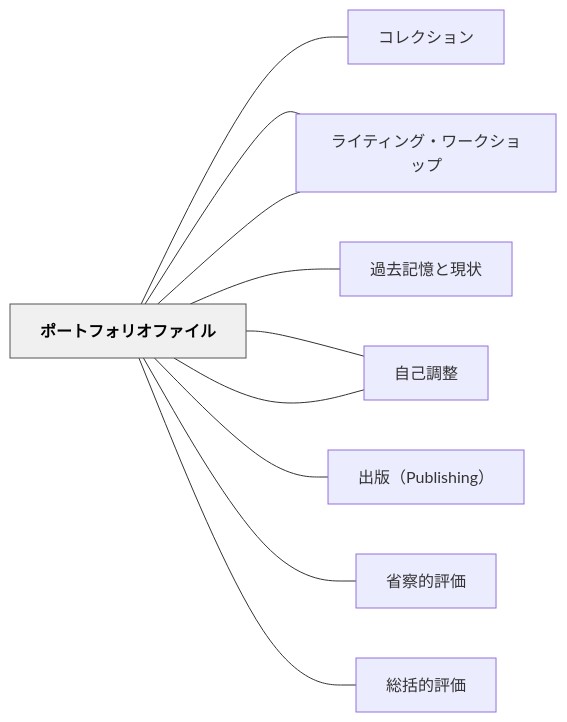
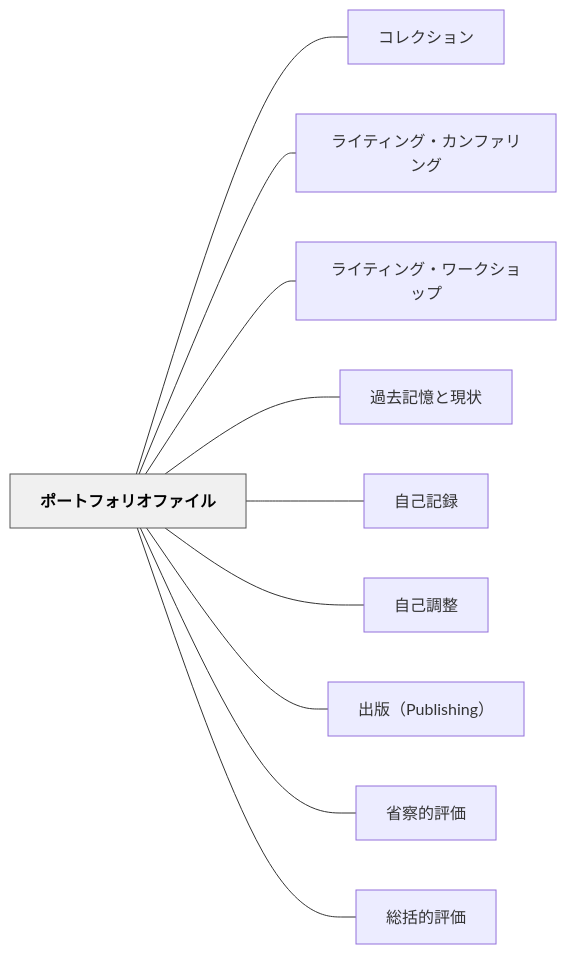
Before and after one commit to unknownthings-ed-patterns/unknownthings-ed-patterns: the diagram in content/パタン/ポートフォリオファイル.md, drawn with Mermaid. The commit also changed 527 other files, not shown here.

````diff
--- a/content/パタン/ポートフォリオファイル.md
+++ b/content/パタン/ポートフォリオファイル.md
@@ -86,26 +86,26 @@
 ```mermaid
 flowchart LR
-    ne3839de383bc["ポートフォリオファイル"]
-    ne382b3e383ac["コレクション"]
-    ne383a9e382a4["ライティング・カンファリング"]
-    ne383a9e382a4["ライティング・ワークショップ"]
-    ne9818ee58ebb["過去記憶と現状"]
-    ne887aae5b7b1["自己記録"]
-    ne887aae5b7b1["自己調整"]
-    ne587bae78988["出版（Publishing）"]
-    ne79c81e5af9f["省察的評価"]
-    ne7b78fe68bac["総括的評価"]
+    ne3839de383bce38388e38395e382a9e383aae382aae38395e382a1e382a4e383ab["ポートフォリオファイル"]
+    ne382b3e383ace382afe382b7e383a7e383b3["コレクション"]
+    ne383a9e382a4e38386e382a3e383b3e382b0e383bbe382abe383b3e38395e382a1e383aae383b3e382b0["ライティング・カンファリング"]
+    ne383a9e382a4e38386e382a3e383b3e382b0e383bbe383afe383bce382afe382b7e383a7e38383e38397["ライティング・ワークショップ"]
+    ne9818ee58ebbe8a898e686b6e381a8e78fbee78ab6["過去記憶と現状"]
+    ne887aae5b7b1e8a898e98cb2["自己記録"]
+    ne887aae5b7b1e8aabfe695b4["自己調整"]
+    ne587bae78988efbc885075626c697368696e67efbc89["出版（Publishing）"]
+    ne79c81e5af9fe79a84e8a995e4bea1["省察的評価"]
+    ne7b78fe68bace79a84e8a995e4bea1["総括的評価"]
 
-    ne3839de383bc --- ne382b3e383ac
-    ne3839de383bc --- ne383a9e382a4
-    ne3839de383bc --- ne383a9e382a4
-    ne3839de383bc --- ne9818ee58ebb
-    ne3839de383bc --- ne887aae5b7b1
-    ne3839de383bc --- ne887aae5b7b1
-    ne3839de383bc --- ne587bae78988
-    ne3839de383bc --- ne79c81e5af9f
-    ne3839de383bc --- ne7b78fe68bac
+    ne3839de383bce38388e38395e382a9e383aae382aae38395e382a1e382a4e383ab --- ne382b3e383ace382afe382b7e383a7e383b3
+    ne3839de383bce38388e38395e382a9e383aae382aae38395e382a1e382a4e383ab --- ne383a9e382a4e38386e382a3e383b3e382b0e383bbe382abe383b3e38395e382a1e383aae383b3e382b0
+    ne3839de383bce38388e38395e382a9e383aae382aae38395e382a1e382a4e383ab --- ne383a9e382a4e38386e382a3e383b3e382b0e383bbe383afe383bce382afe382b7e383a7e38383e38397
+    ne3839de383bce38388e38395e382a9e383aae382aae38395e382a1e382a4e383ab --- ne9818ee58ebbe8a898e686b6e381a8e78fbee78ab6
+    ne3839de383bce38388e38395e382a9e383aae382aae38395e382a1e382a4e383ab --- ne887aae5b7b1e8a898e98cb2
+    ne3839de383bce38388e38395e382a9e383aae382aae38395e382a1e382a4e383ab --- ne887aae5b7b1e8aabfe695b4
+    ne3839de383bce38388e38395e382a9e383aae382aae38395e382a1e382a4e383ab --- ne587bae78988efbc885075626c697368696e67efbc89
+    ne3839de383bce38388e38395e382a9e383aae382aae38395e382a1e382a4e383ab --- ne79c81e5af9fe79a84e8a995e4bea1
+    ne3839de383bce38388e38395e382a9e383aae382aae38395e382a1e382a4e383ab --- ne7b78fe68bace79a84e8a995e4bea1
 
     classDef hub fill:#f0f0f0,stroke:#555,color:#000,font-weight:bold
-    class ne3839de383bc hub
+    class ne3839de383bce38388e38395e382a9e383aae382aae38395e382a1e382a4e383ab hub
 ```
````
